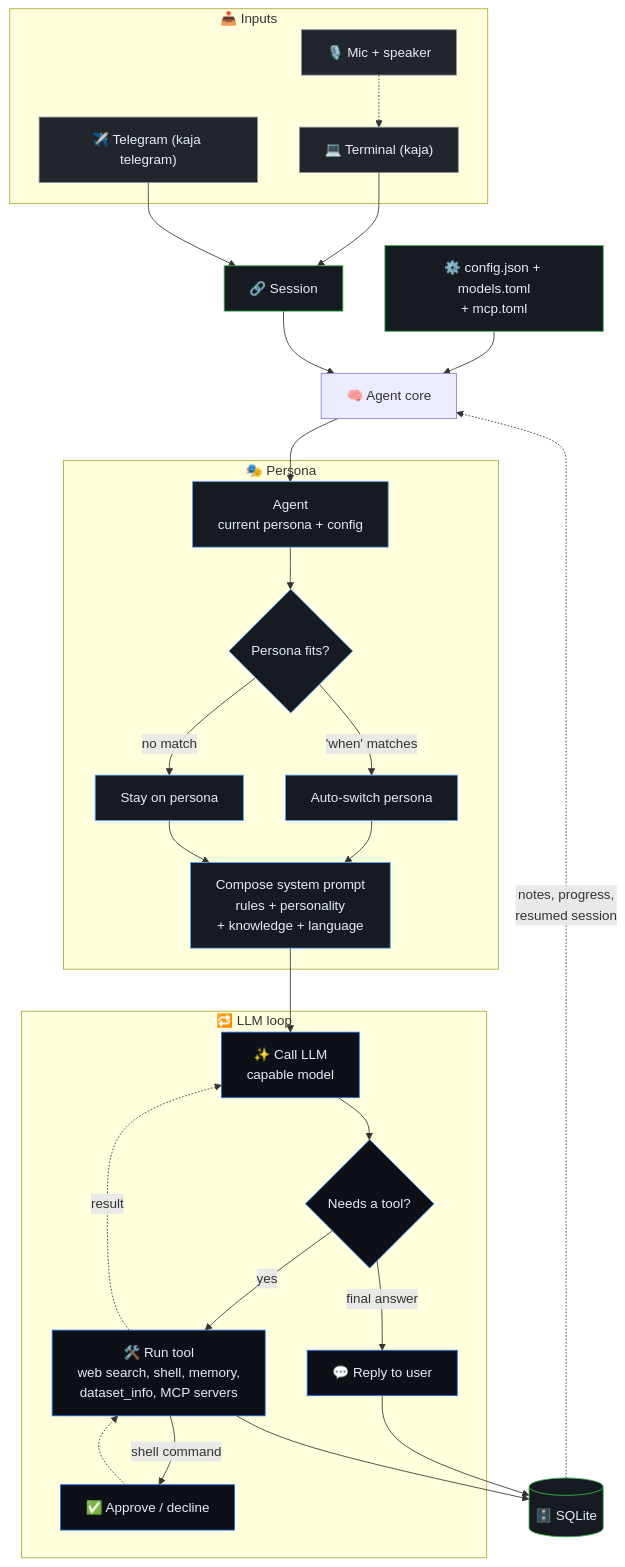
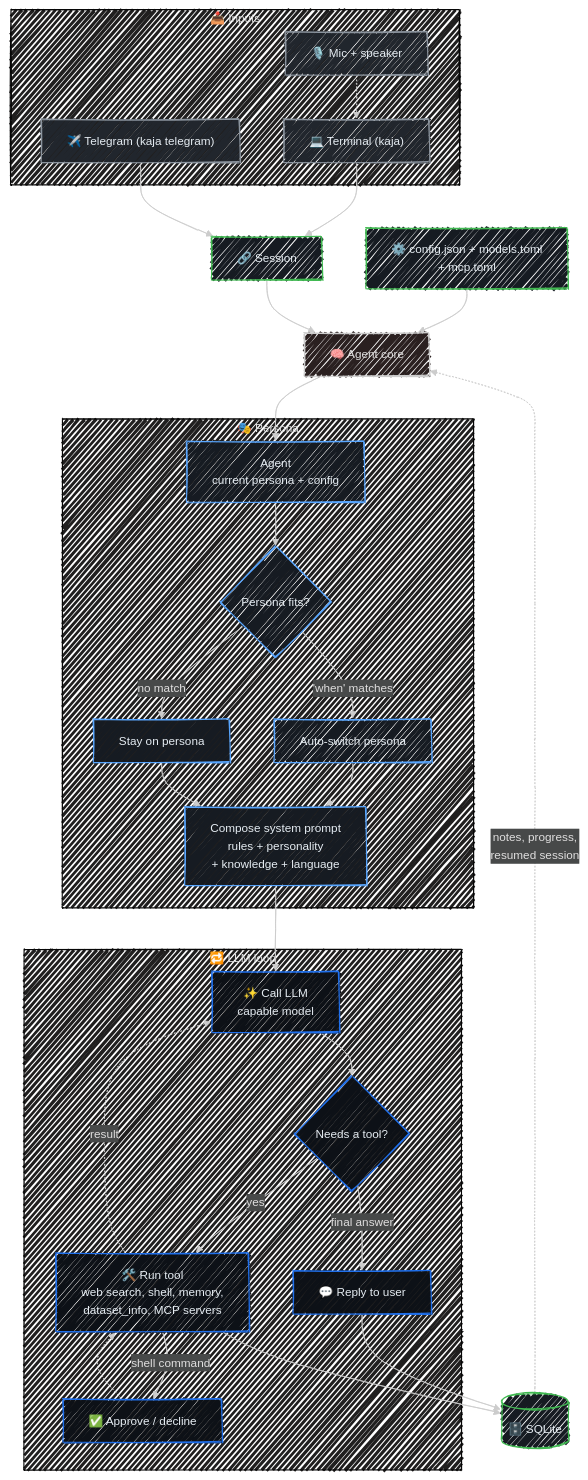
Before and after one commit to SubZtep/kaja: the diagram in docs/flow.md, drawn with Mermaid. The commit also changed 7 other files, not shown here.

````diff
--- a/docs/flow.md
+++ b/docs/flow.md
@@ -12,49 +12,54 @@
 ```mermaid
+---
+config:
+  look: handDrawn
+  theme: neo-dark
+---
 flowchart TD
     subgraph Inputs["📥 Inputs"]
         Term["💻 Terminal (kaja)"]
         Tele["✈️ Telegram (kaja telegram)"]
         Voice["🎙️ Mic + speaker"]
     end
     Voice -.-> Term
     Term --> Session
     Tele --> Session
     Config["⚙️ config.json + models.toml\n+ mcp.toml"] --> Core
 
     Session["🔗 Session"] --> Core
     Core["🧠 Agent core"] --> Agent
 
     subgraph Persona["🎭 Persona"]
         Agent["Agent\ncurrent persona + config"] --> Route{"Persona fits?"}
         Route -->|"'when' matches"| Switch["Auto-switch persona"]
         Route -->|"no match"| Stay["Stay on persona"]
         Switch --> Prompt
         Stay --> Prompt
         Prompt["Compose system prompt\nrules + personality\n+ knowledge + language"]
     end
 
     Prompt --> CallLLM
 
     subgraph LLMLoop["🔁 LLM loop"]
         CallLLM["✨ Call LLM\ncapable model"] --> Decide{"Needs a tool?"}
         Decide -->|yes| RunTool["🛠️ Run tool\nweb search, shell, memory,\ndataset_info, MCP servers"]
         RunTool -->|"shell command"| Confirm["✅ Approve / decline"]
         Confirm -.-> RunTool
         RunTool -.->|"result"| CallLLM
         Decide -->|"final answer"| Reply["💬 Reply to user"]
     end
 
     Reply --> DB
     RunTool --> DB
     DB[("🗄️ SQLite")]
     DB -.->|"notes, progress,\nresumed session"| Core
 
     classDef inputs fill:#21262d,stroke:#8b949e,color:#e6edf3
     classDef persona fill:#161b22,stroke:#58a6ff,color:#e6edf3
     classDef loop fill:#0d1117,stroke:#1f6feb,color:#e6edf3
     classDef store fill:#161b22,stroke:#3fb950,color:#e6edf3
     class Term,Tele,Voice inputs
     class Agent,Route,Switch,Stay,Prompt persona
     class CallLLM,Decide,RunTool,Confirm,Reply loop
     class DB,Config,Session store
 ```
````
